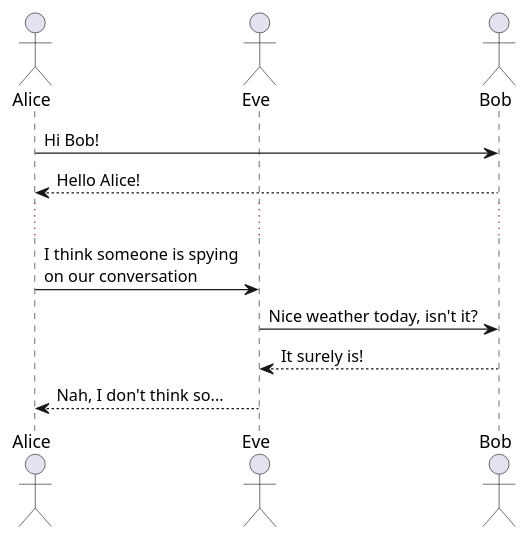
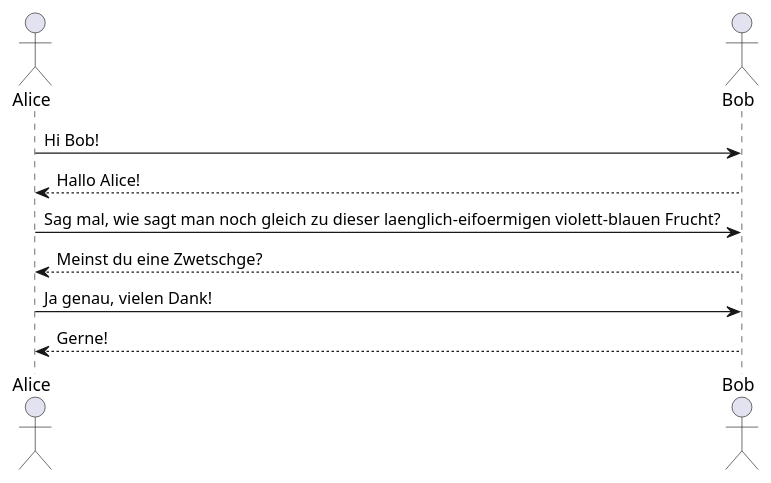
The diagram in assets/thesis/example-sequence.puml (harcomaase/lsp-gpt), drawn with PlantUML before and after one commit. The commit also changed 7 other files, not shown here.

```diff
--- a/assets/thesis/example-sequence.puml
+++ b/assets/thesis/example-sequence.puml
@@ -1,17 +1,13 @@
 @startuml example-sequence
 
 actor Alice as a
-actor Eve as e
 actor Bob as b
 
 a -> b : Hi Bob!
-b --> a : Hello Alice!
-
-...
-
-a -> e : I think someone is spying\non our conversation
-e -> b : Nice weather today, isn't it?
-b --> e : It surely is!
-e --> a : Nah, I don't think so...
+b --> a : Hallo Alice!
+a -> b : Sag mal, wie sagt man noch gleich zu dieser laenglich-eifoermigen violett-blauen Frucht?
+b --> a : Meinst du eine Zwetschge?
+a -> b : Ja genau, vielen Dank!
+b --> a : Gerne!
 
 @enduml
```
